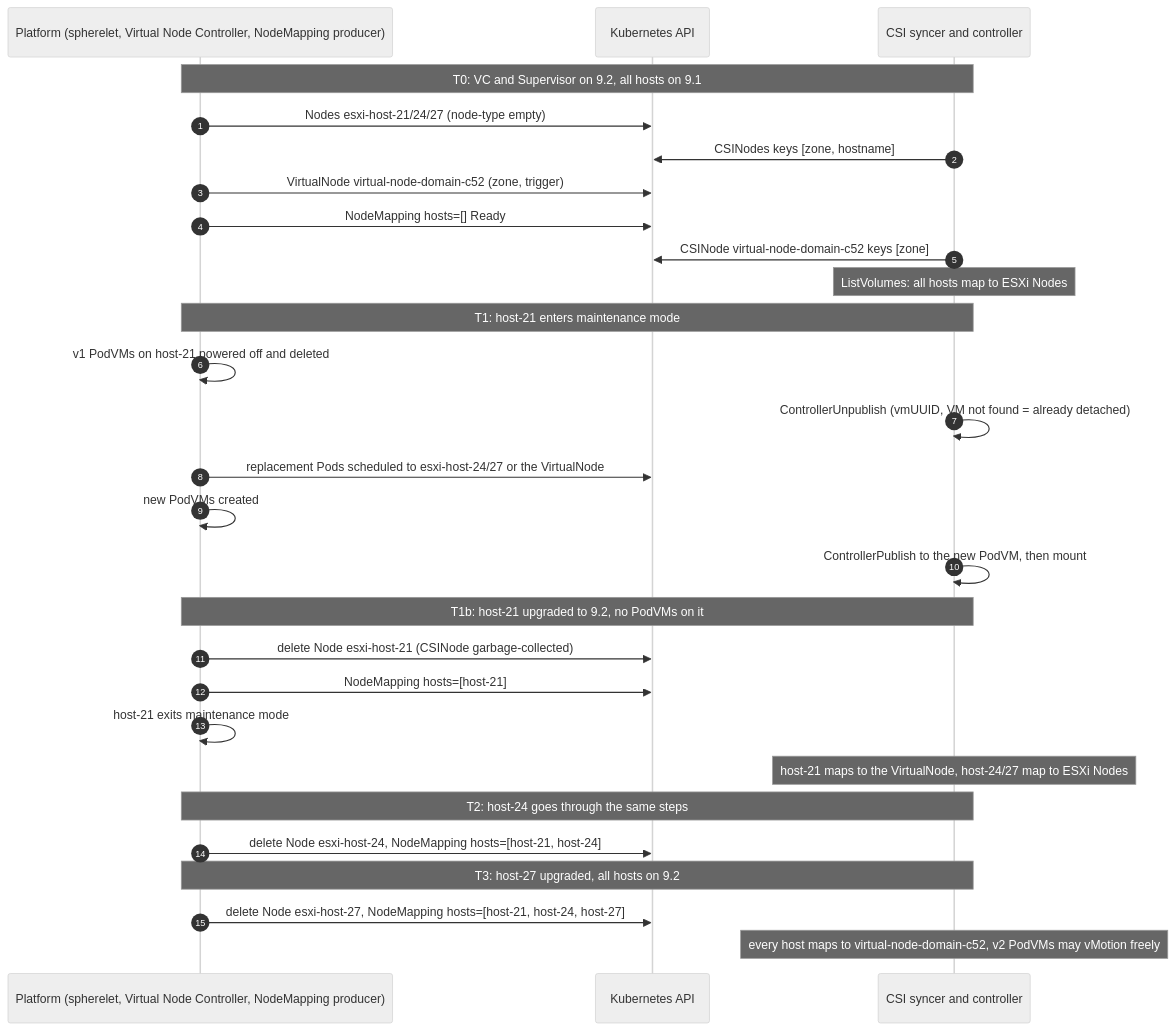
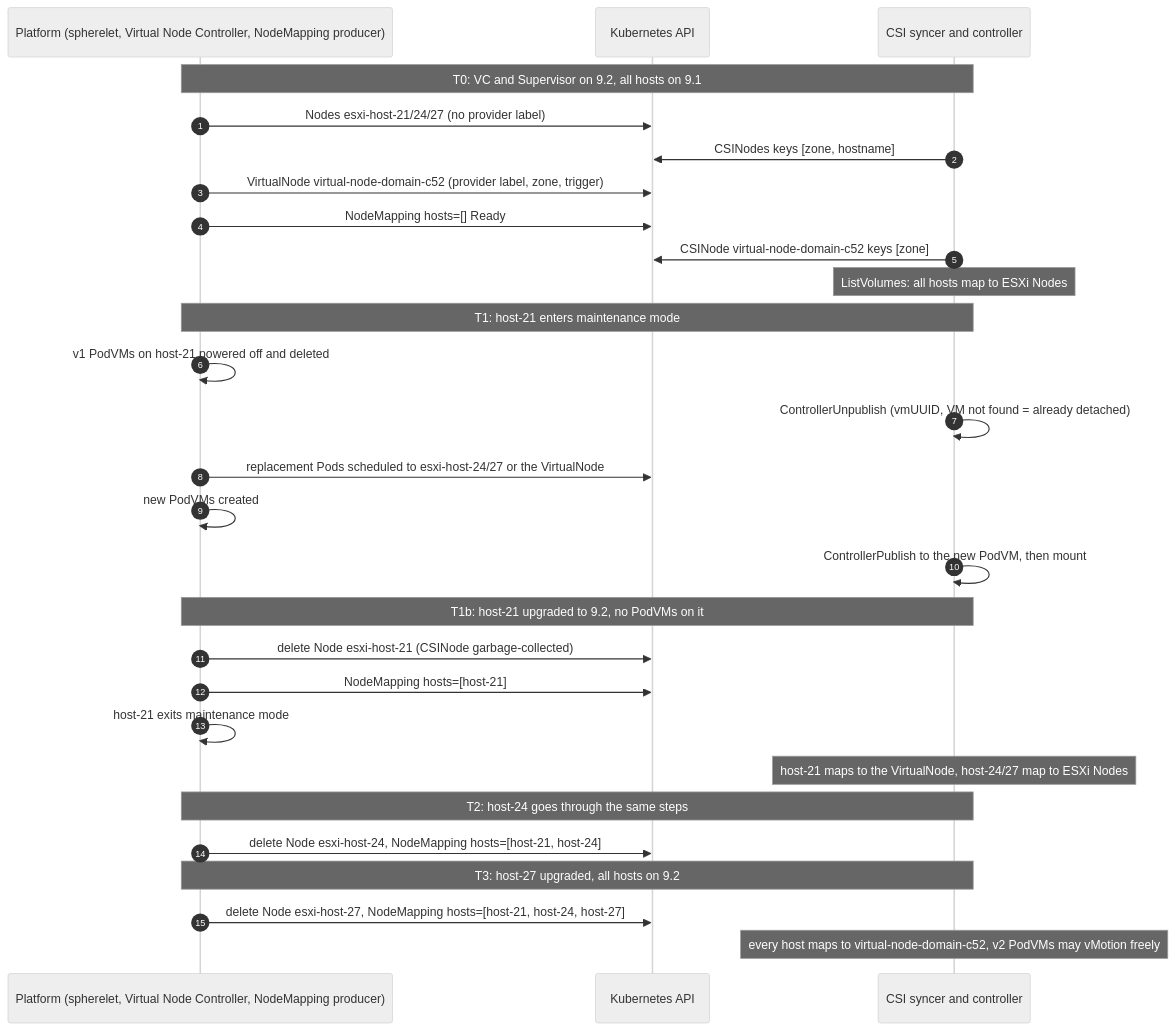
One commit to kubernetes-sigs/vsphere-csi-driver changed the fifth of 5 diagrams in spec/podvmv2-changes-for-zonal-volume/design.md. Above: the diagram before and after it, drawn with Mermaid (neutral theme). The commit also changed other lines of this file and 9 other files, not shown here.

First line of the commit message:
Identify PodVM v2 VirtualNodes by the virtual-kubelet provider label (#4458)

````diff
--- a/spec/podvmv2-changes-for-zonal-volume/design.md
+++ b/spec/podvmv2-changes-for-zonal-volume/design.md
@@ -449,30 +464,30 @@
 ```mermaid
 sequenceDiagram
     autonumber
     participant P as Platform (spherelet, Virtual Node Controller, NodeMapping producer)
     participant K as Kubernetes API
     participant C as CSI syncer and controller
     Note over P,C: T0: VC and Supervisor on 9.2, all hosts on 9.1
-    P->>K: Nodes esxi-host-21/24/27 (node-type empty)
+    P->>K: Nodes esxi-host-21/24/27 (no provider label)
     C->>K: CSINodes keys [zone, hostname]
-    P->>K: VirtualNode virtual-node-domain-c52 (zone, trigger)
+    P->>K: VirtualNode virtual-node-domain-c52 (provider label, zone, trigger)
     P->>K: NodeMapping hosts=[] Ready
     C->>K: CSINode virtual-node-domain-c52 keys [zone]
     Note over C: ListVolumes: all hosts map to ESXi Nodes
     Note over P,C: T1: host-21 enters maintenance mode
     P->>P: v1 PodVMs on host-21 powered off and deleted
     C->>C: ControllerUnpublish (vmUUID, VM not found = already detached)
     P->>K: replacement Pods scheduled to esxi-host-24/27 or the VirtualNode
     P->>P: new PodVMs created
     C->>C: ControllerPublish to the new PodVM, then mount
     Note over P,C: T1b: host-21 upgraded to 9.2, no PodVMs on it
     P->>K: delete Node esxi-host-21 (CSINode garbage-collected)
     P->>K: NodeMapping hosts=[host-21]
     P->>P: host-21 exits maintenance mode
     Note over C: host-21 maps to the VirtualNode, host-24/27 map to ESXi Nodes
     Note over P,C: T2: host-24 goes through the same steps
     P->>K: delete Node esxi-host-24, NodeMapping hosts=[host-21, host-24]
     Note over P,C: T3: host-27 upgraded, all hosts on 9.2
     P->>K: delete Node esxi-host-27, NodeMapping hosts=[host-21, host-24, host-27]
     Note over C: every host maps to virtual-node-domain-c52, v2 PodVMs may vMotion freely
 ```
````
